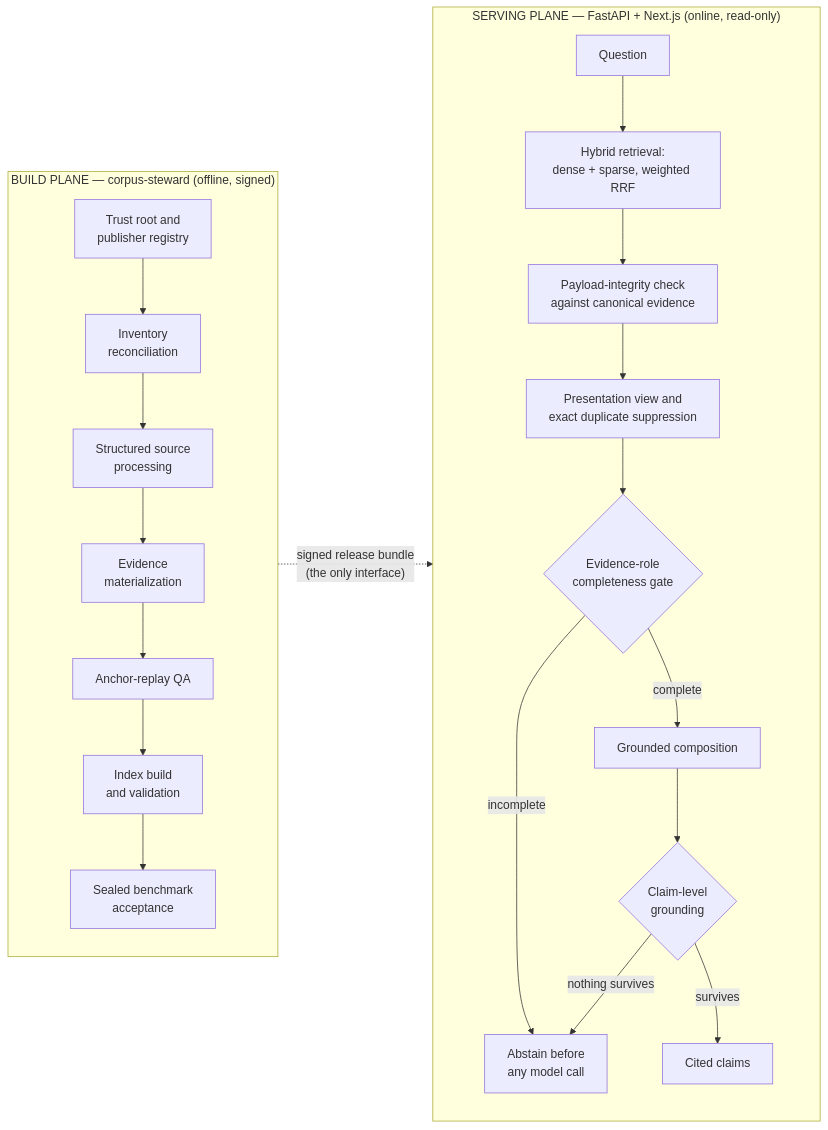
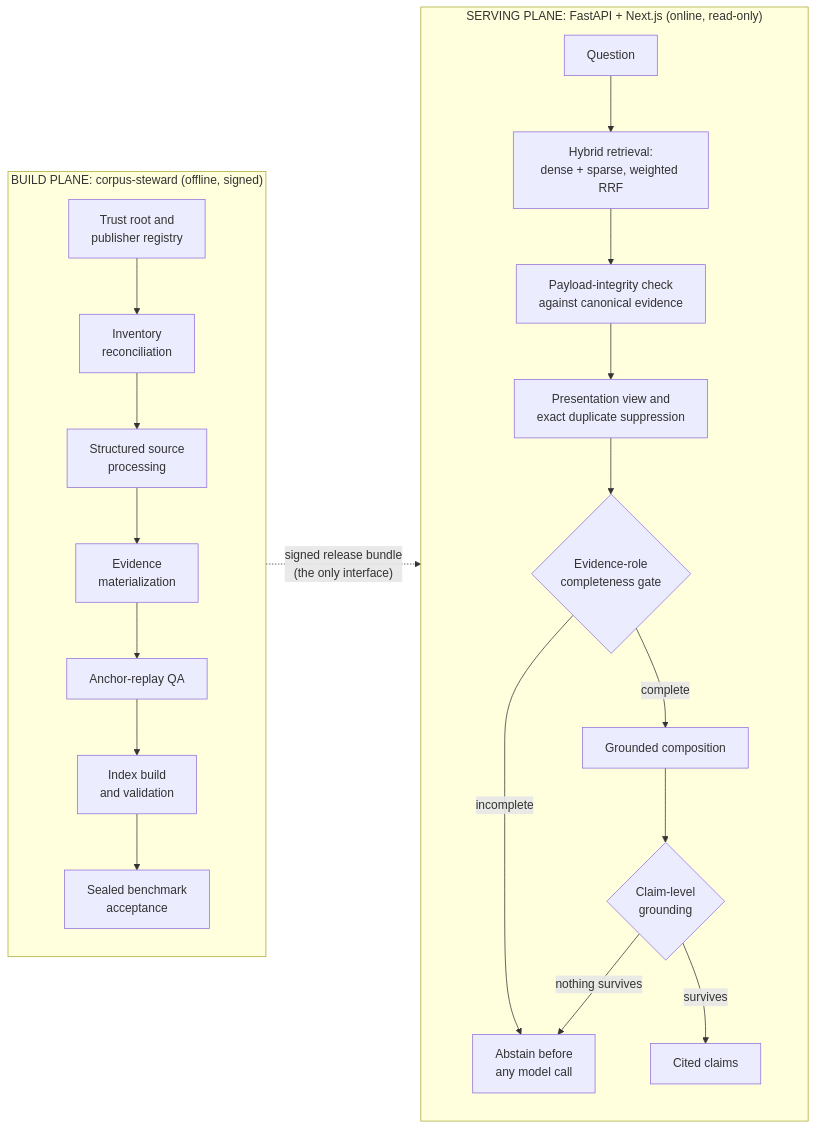
One commit to Oxidopamine/Med-RAG changed the first of 3 diagrams in README.md. Above: the diagram before and after it, drawn with Mermaid. The commit also changed other lines of this file and 44 other files, not shown here.

````diff
--- a/README.md
+++ b/README.md
@@ -153,27 +144,27 @@
 ```mermaid
 flowchart LR
-  subgraph BUILD["BUILD PLANE — corpus-steward (offline, signed)"]
+  subgraph BUILD["BUILD PLANE: corpus-steward (offline, signed)"]
     direction TB
     A[Trust root and<br/>publisher registry] --> B[Inventory<br/>reconciliation]
     B --> C[Structured source<br/>processing]
     C --> D[Evidence<br/>materialization]
     D --> E[Anchor-replay QA]
     E --> F[Index build<br/>and validation]
     F --> G[Sealed benchmark<br/>acceptance]
   end
 
-  subgraph SERVE["SERVING PLANE — FastAPI + Next.js (online, read-only)"]
+  subgraph SERVE["SERVING PLANE: FastAPI + Next.js (online, read-only)"]
     direction TB
     H[Question] --> I[Hybrid retrieval:<br/>dense + sparse, weighted RRF]
     I --> J[Payload-integrity check<br/>against canonical evidence]
     J --> K[Presentation view and<br/>exact duplicate suppression]
     K --> L{Evidence-role<br/>completeness gate}
     L -->|incomplete| M[Abstain before<br/>any model call]
     L -->|complete| N[Grounded composition]
     N --> O{Claim-level<br/>grounding}
     O -->|survives| P[Cited claims]
     O -->|nothing survives| M
   end
 
   G -.->|"signed release bundle<br/>(the only interface)"| H
 ```
````
